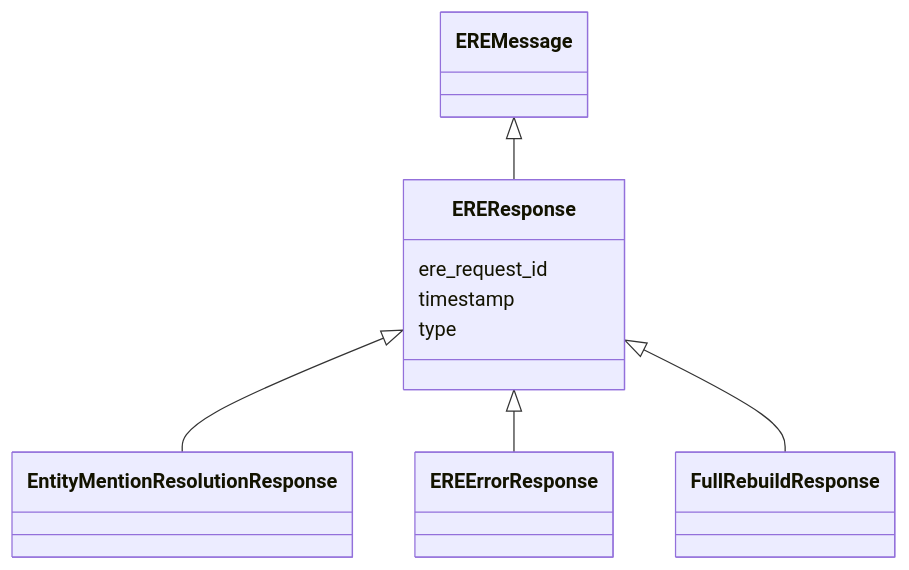
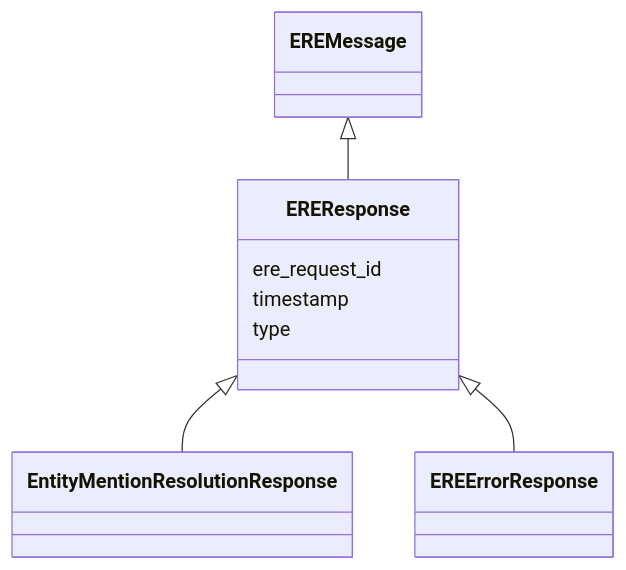
One commit to OP-TED/entity-resolution-spec changed the diagram in docs/schema/EREResponse.md. Above: the diagram before and after it, drawn with Mermaid. The commit also changed other lines of this file and 22 other files, not shown here.

First line of the commit message:
feat: regenerate ERE LinkML schema docs and other derived files

````diff
--- a/docs/schema/EREResponse.md
+++ b/docs/schema/EREResponse.md
@@ -22,24 +22,22 @@
 ```mermaid
  classDiagram
     class EREResponse
     click EREResponse href "../EREResponse/"
       EREMessage <|-- EREResponse
         click EREMessage href "../EREMessage/"
       
 
       EREResponse <|-- EntityMentionResolutionResponse
         click EntityMentionResolutionResponse href "../EntityMentionResolutionResponse/"
       EREResponse <|-- EREErrorResponse
         click EREErrorResponse href "../EREErrorResponse/"
-      EREResponse <|-- FullRebuildResponse
-        click FullRebuildResponse href "../FullRebuildResponse/"
       
 
       EREResponse : ere_request_id
         
       EREResponse : timestamp
         
       EREResponse : type
         
       
 ```
````
